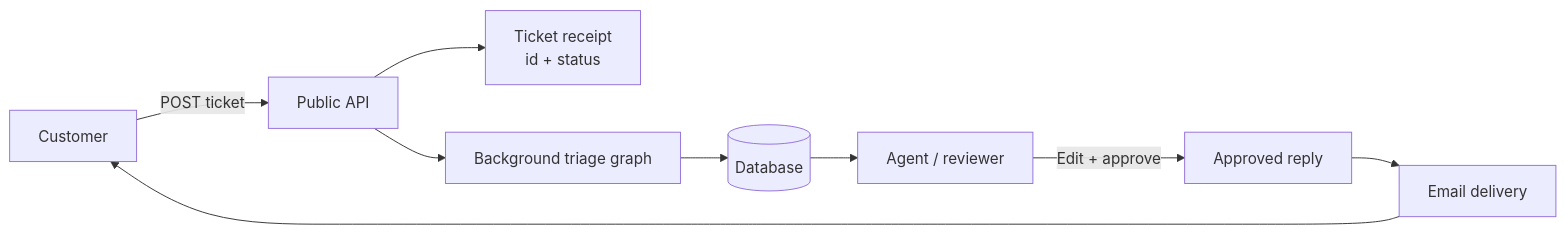
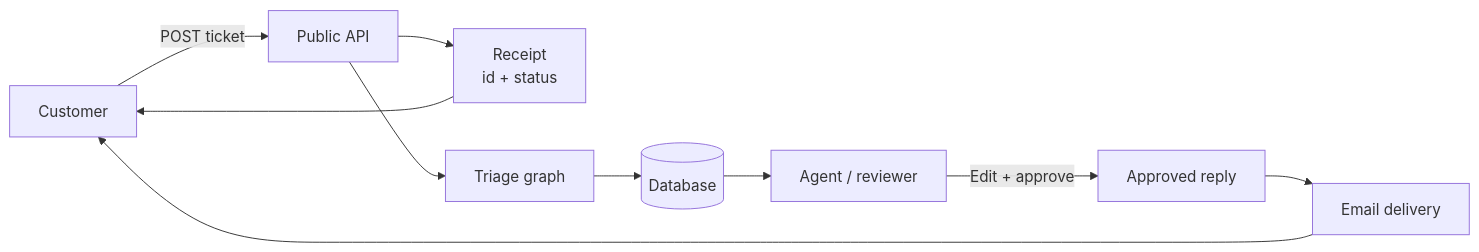
Before and after one commit to Aman-srivastav24/ai-support-triage: diagram 14 of 18 in docs/DAY_04_LEARNINGS.md, drawn with Mermaid. The commit also changed other lines of this file, not shown here.

````diff
--- a/docs/DAY_04_LEARNINGS.md
+++ b/docs/DAY_04_LEARNINGS.md
@@ -898,12 +893,12 @@
 ```mermaid
 flowchart LR
-    C[Customer] -->|POST ticket| P[Public API]
-    P --> R[Ticket receipt
-id + status]
-    P --> G[Background triage graph]
-    G --> DB[(Database)]
-    DB --> A[Agent / reviewer]
-    A -->|Edit + approve| E[Approved reply]
-    E --> M[Email delivery]
+    C["Customer"] -->|"POST ticket"| P["Public API"]
+    P --> R["Receipt<br/>id + status"]
+    R --> C
+    P --> G["Triage graph"]
+    G --> DB[("Database")]
+    DB --> A["Agent / reviewer"]
+    A -->|"Edit + approve"| E["Approved reply"]
+    E --> M["Email delivery"]
     M --> C
 ```
````
